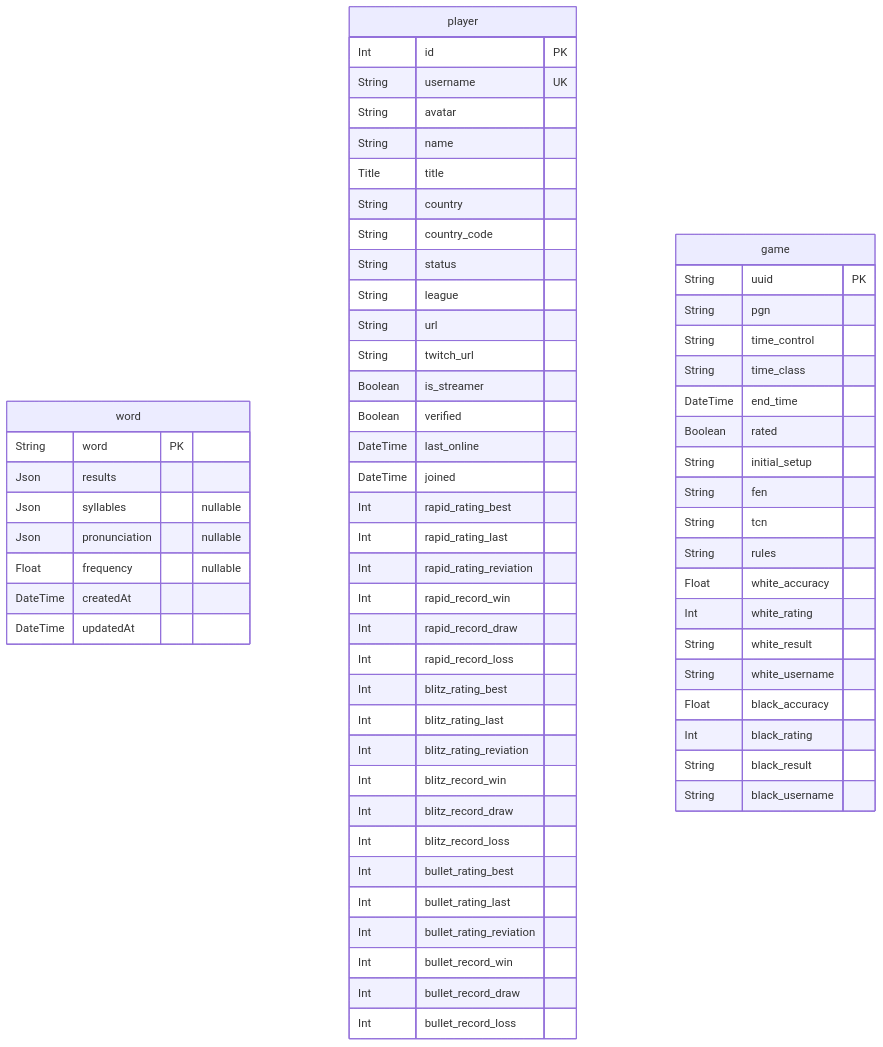
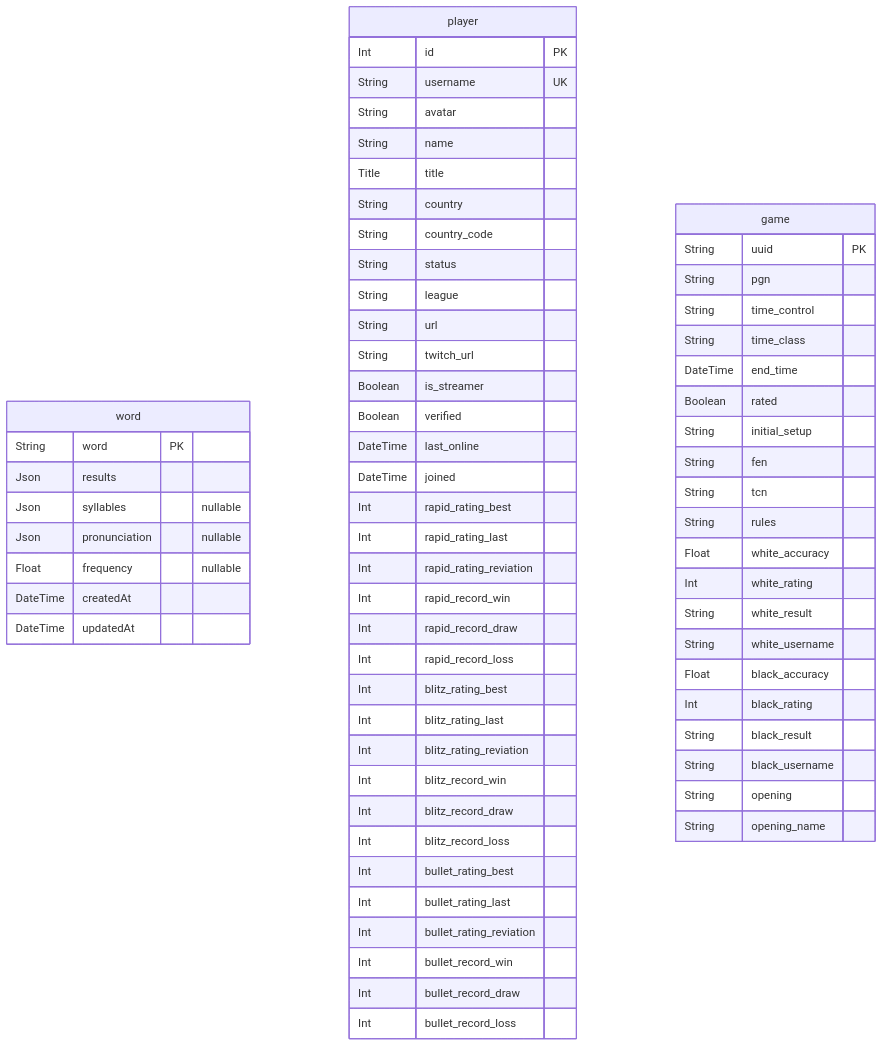
One commit to hieudoanm/hieudoanm.github.io changed the diagram in typescript/apps/web/prisma/README.md. Above: the diagram before and after it, drawn with Mermaid. The commit also changed other lines of this file and 28 other files, not shown here.

````diff
--- a/typescript/apps/web/prisma/README.md
+++ b/typescript/apps/web/prisma/README.md
@@ -9,67 +9,69 @@
 ```mermaid
 erDiagram
 "word" {
   String word PK
   Json results
   Json syllables "nullable"
   Json pronunciation "nullable"
   Float frequency "nullable"
   DateTime createdAt
   DateTime updatedAt
 }
 "player" {
   Int id PK
   String username UK
   String avatar
   String name
   Title title
   String country
   String country_code
   String status
   String league
   String url
   String twitch_url
   Boolean is_streamer
   Boolean verified
   DateTime last_online
   DateTime joined
   Int rapid_rating_best
   Int rapid_rating_last
   Int rapid_rating_reviation
   Int rapid_record_win
   Int rapid_record_draw
   Int rapid_record_loss
   Int blitz_rating_best
   Int blitz_rating_last
   Int blitz_rating_reviation
   Int blitz_record_win
   Int blitz_record_draw
   Int blitz_record_loss
   Int bullet_rating_best
   Int bullet_rating_last
   Int bullet_rating_reviation
   Int bullet_record_win
   Int bullet_record_draw
   Int bullet_record_loss
 }
 "game" {
   String uuid PK
   String pgn
   String time_control
   String time_class
   DateTime end_time
   Boolean rated
   String initial_setup
   String fen
   String tcn
   String rules
   Float white_accuracy
   Int white_rating
   String white_result
   String white_username
   Float black_accuracy
   Int black_rating
   String black_result
   String black_username
+  String opening
+  String opening_name
 }
 ```
````
